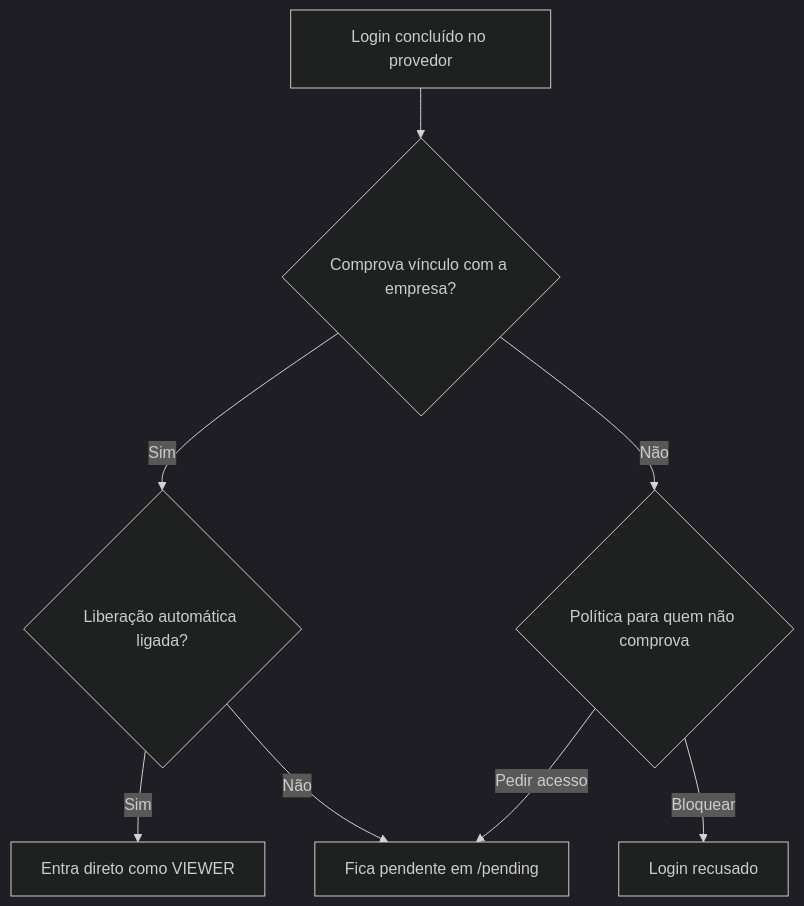
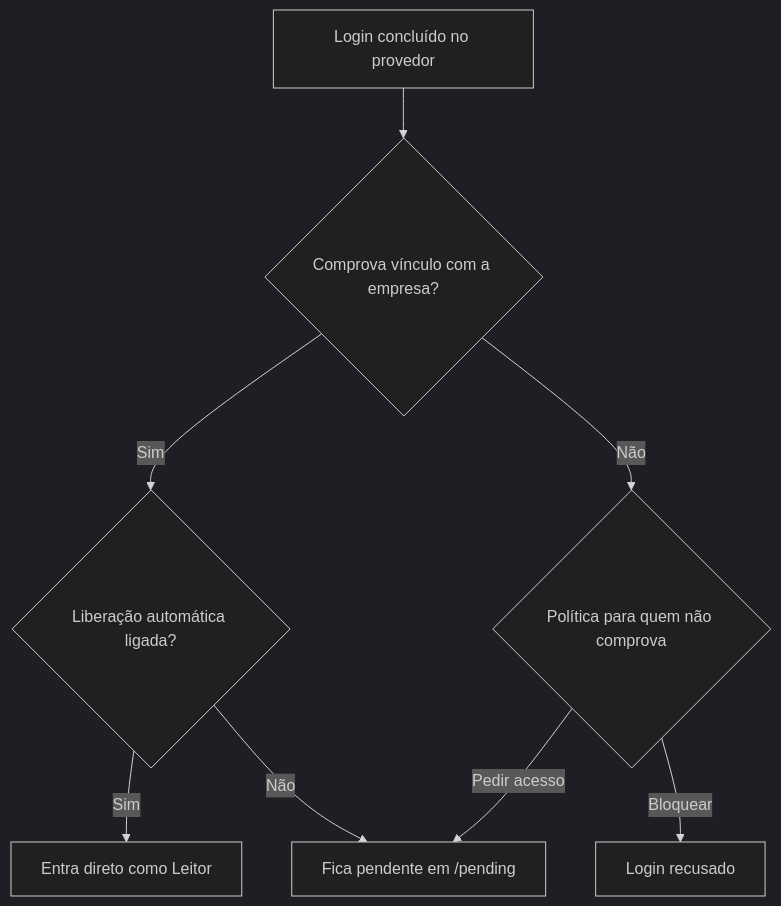
The diagram in docs/uso/primeiro-acesso.md (wendersonbelko/rizoma), drawn with Mermaid (dark theme) before and after one commit. The commit also changed other lines of this file and 66 other files, not shown here.

````diff
--- a/docs/uso/primeiro-acesso.md
+++ b/docs/uso/primeiro-acesso.md
@@ -55,10 +55,10 @@
 ```mermaid
 flowchart TD
     A["Login concluído no provedor"] --> B{"Comprova vínculo com a empresa?"}
     B -- "Sim" --> C{"Liberação automática ligada?"}
-    C -- "Sim" --> D["Entra direto como VIEWER"]
+    C -- "Sim" --> D["Entra direto como Leitor"]
     C -- "Não" --> E["Fica pendente em /pending"]
     B -- "Não" --> F{"Política para quem não comprova"}
     F -- "Pedir acesso" --> E
     F -- "Bloquear" --> G["Login recusado"]
 ```
````
